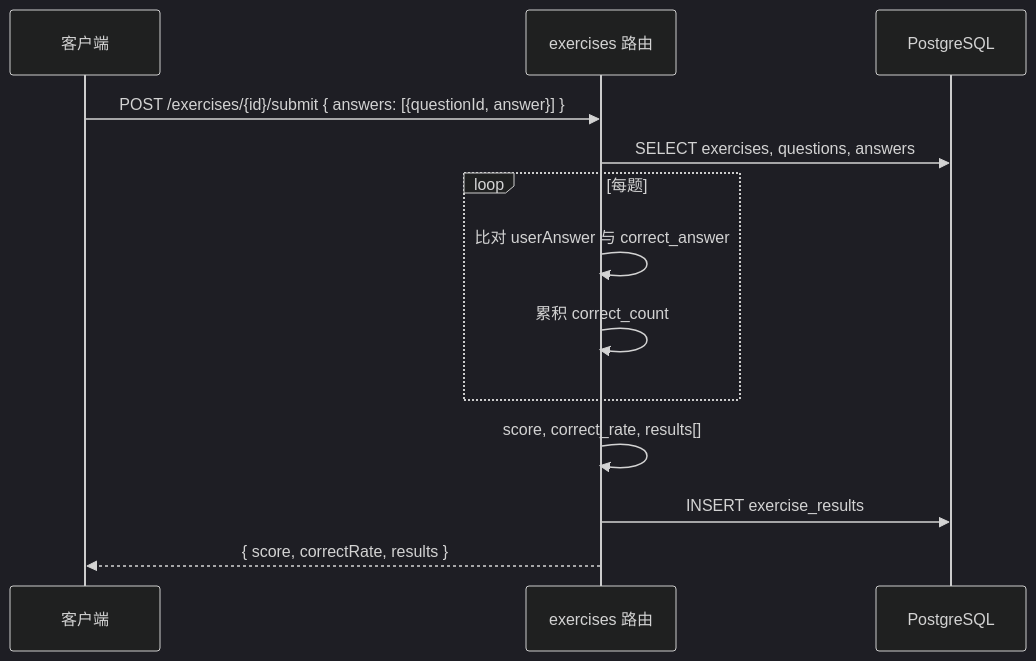
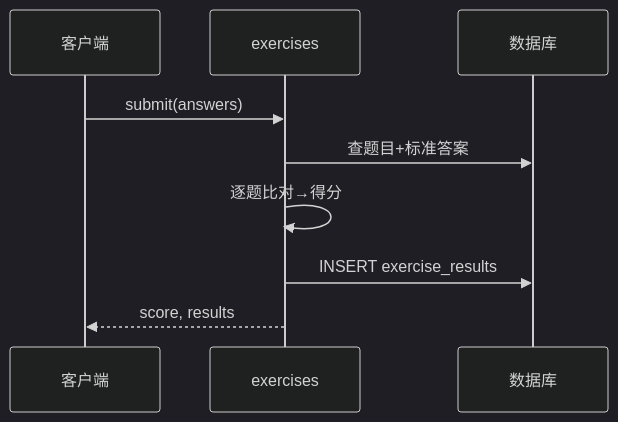
One commit to lazy233/lumist_examAgent_backend changed the ninth of 9 diagrams in docs/architecture.md. Above: the diagram before and after it, drawn with Mermaid (dark theme). The commit also changed other lines of this file, not shown here.

Commit message:
docs: 浓缩架构文档中的 Mermaid 图

````diff
--- a/docs/architecture.md
+++ b/docs/architecture.md
@@ -410,16 +253,11 @@
 ```mermaid
 sequenceDiagram
     participant C as 客户端
-    participant API as exercises 路由
-    participant DB as PostgreSQL
-
-    C->>API: POST /exercises/{id}/submit { answers: [{questionId, answer}] }
-    API->>DB: SELECT exercises, questions, answers
-    loop 每题
-        API->>API: 比对 userAnswer 与 correct_answer
-        API->>API: 累积 correct_count
-    end
-    API->>API: score, correct_rate, results[]
+    participant API as exercises
+    participant DB as 数据库
+    C->>API: submit(answers)
+    API->>DB: 查题目+标准答案
+    API->>API: 逐题比对→得分
     API->>DB: INSERT exercise_results
-    API-->>C: { score, correctRate, results }
+    API-->>C: score, results
 ```
````
